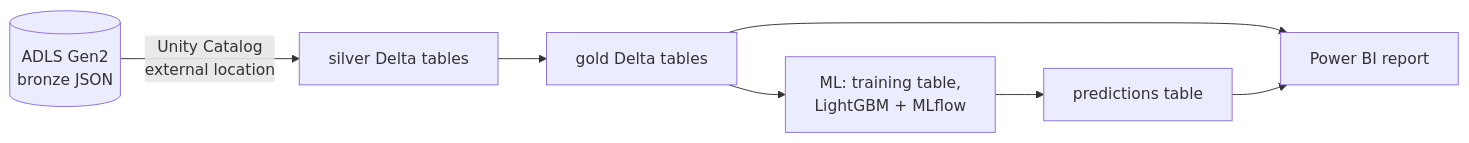
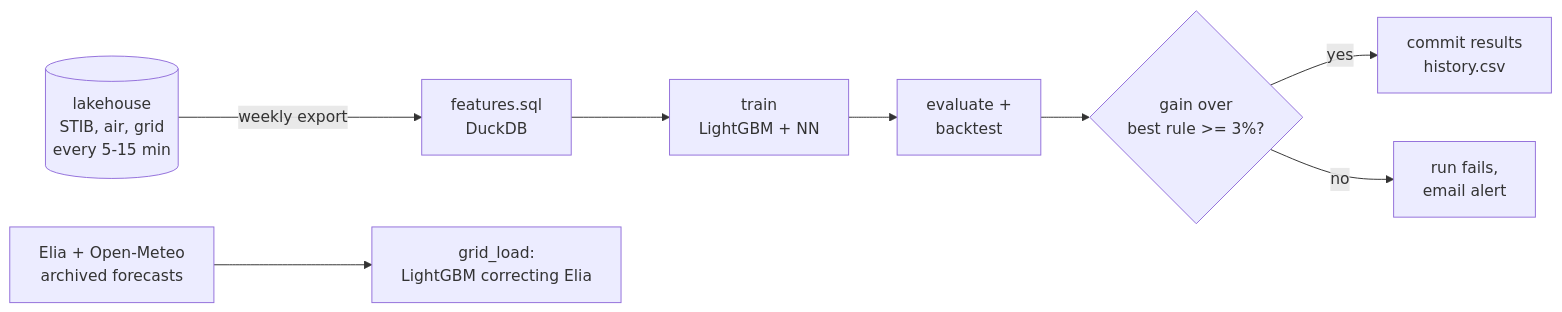
The diagram in README.md (Huntsama/brussels-transit-ml), drawn with Mermaid before and after one commit. The commit also changed other lines of this file, not shown here.

````diff
--- a/README.md
+++ b/README.md
@@ -61,9 +50,10 @@
 ```mermaid
 flowchart LR
-  B[(ADLS Gen2<br/>bronze JSON)] -->|Unity Catalog<br/>external location| S[silver Delta tables]
-  S --> G[gold Delta tables]
-  G --> M[ML: training table,<br/>LightGBM + MLflow]
-  M --> P[predictions table]
-  G --> BI[Power BI report]
-  P --> BI
+  L[(lakehouse<br/>STIB, air, grid<br/>every 5-15 min)] -->|weekly export| F[features.sql<br/>DuckDB]
+  F --> T[train<br/>LightGBM + NN]
+  T --> E[evaluate +<br/>backtest]
+  E --> H{gain over<br/>best rule >= 3%?}
+  H -->|yes| C[commit results<br/>history.csv]
+  H -->|no| A[run fails,<br/>email alert]
+  O[Elia + Open-Meteo<br/>archived forecasts] --> G[grid_load:<br/>LightGBM correcting Elia]
 ```
````
